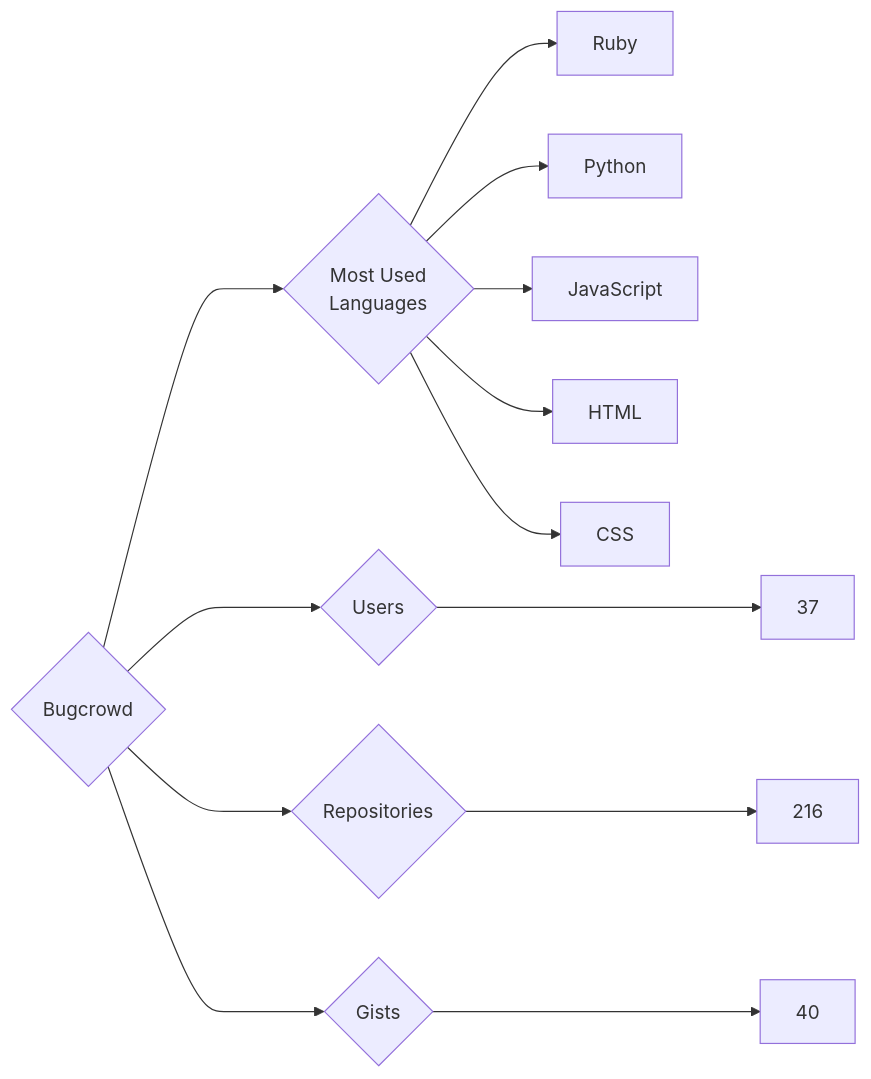
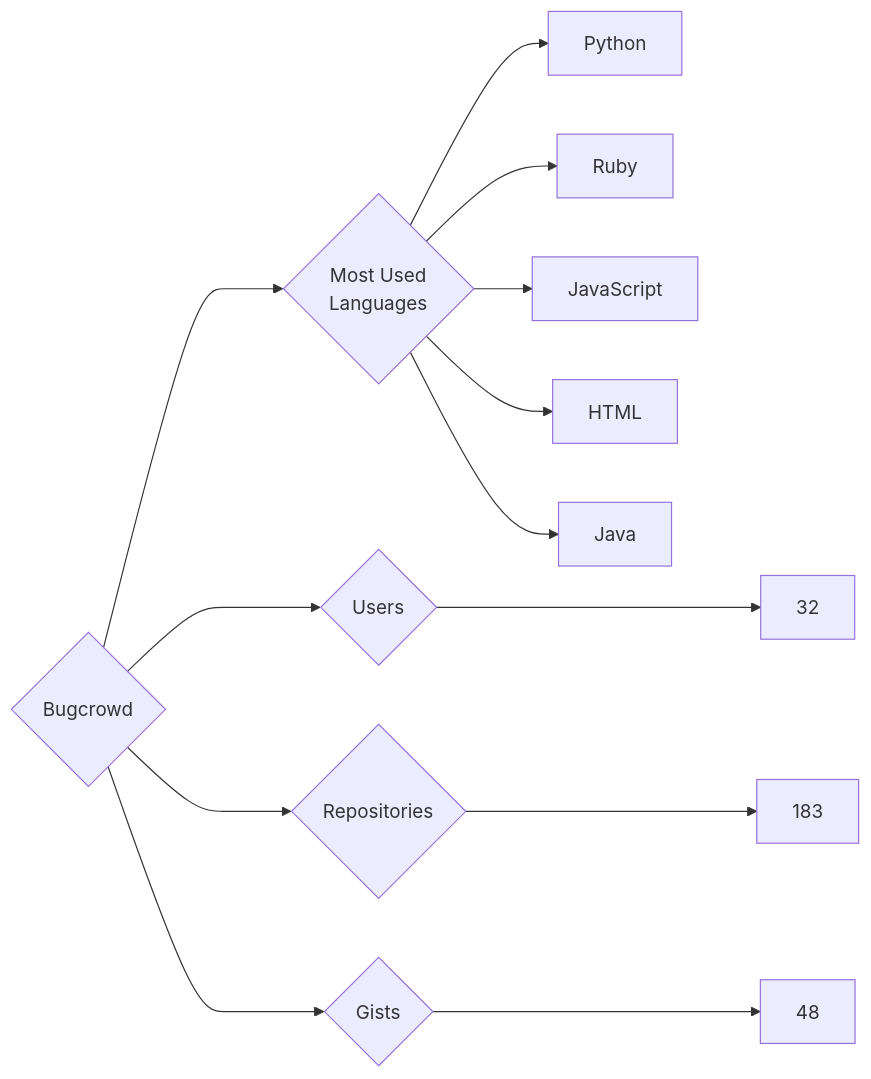
One commit to trickest/insiders changed the diagram in targets/Bugcrowd/README.md. Above: the diagram before and after it, drawn with Mermaid. The commit also changed 681 other files, not shown here.

````diff
--- a/targets/Bugcrowd/README.md
+++ b/targets/Bugcrowd/README.md
@@ -3,13 +3,13 @@
 ```mermaid
 graph LR
 COMPANY_NAME{Bugcrowd}
-COMPANY_NAME ---> U{Users} ---> UN[37]
-COMPANY_NAME ---> R{Repositories} ---> RN[216]
-COMPANY_NAME ---> G{Gists} ---> GN[40]
+COMPANY_NAME ---> U{Users} ---> UN[32]
+COMPANY_NAME ---> R{Repositories} ---> RN[183]
+COMPANY_NAME ---> G{Gists} ---> GN[48]
 COMPANY_NAME ---> ML{Most Used<br>Languages}
+ML --> Python[Python]
 ML --> Ruby[Ruby]
-ML --> Python[Python]
 ML --> JavaScript[JavaScript]
 ML --> HTML[HTML]
-ML --> CSS[CSS]
+ML --> Java[Java]
 ```
````
